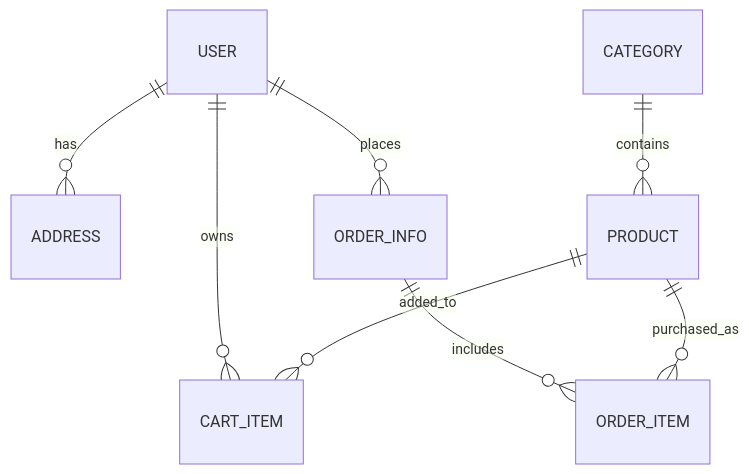
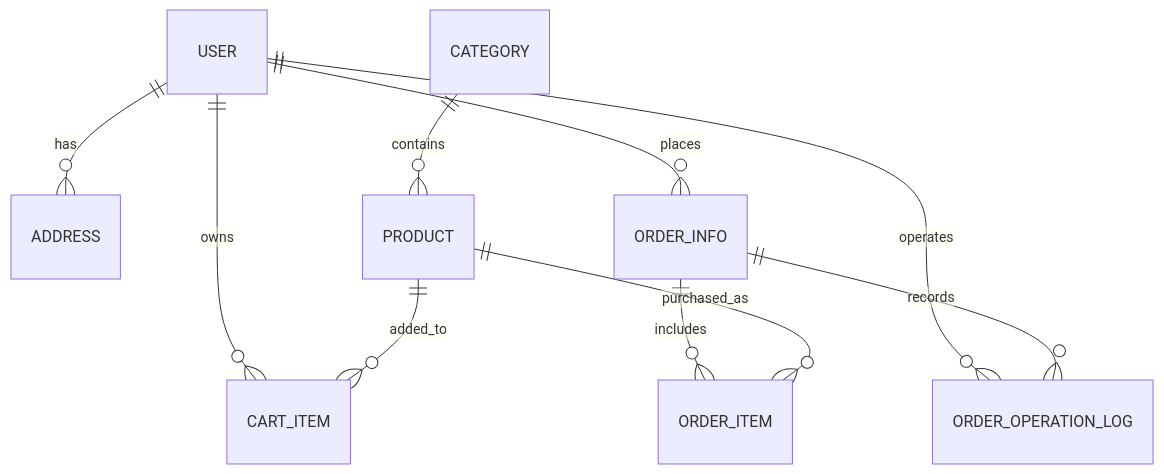
Before and after one commit to morisa28/my-DB: the diagram in docs/03-数据库设计.md, drawn with Mermaid. The commit also changed other lines of this file and 36 other files, not shown here.

````diff
--- a/docs/03-数据库设计.md
+++ b/docs/03-数据库设计.md
@@ -15,10 +16,12 @@
 ```mermaid
 erDiagram
     USER ||--o{ ADDRESS : has
     USER ||--o{ CART_ITEM : owns
     USER ||--o{ ORDER_INFO : places
+    USER ||--o{ ORDER_OPERATION_LOG : operates
     CATEGORY ||--o{ PRODUCT : contains
     PRODUCT ||--o{ CART_ITEM : added_to
     ORDER_INFO ||--o{ ORDER_ITEM : includes
+    ORDER_INFO ||--o{ ORDER_OPERATION_LOG : records
     PRODUCT ||--o{ ORDER_ITEM : purchased_as
 ```
````
